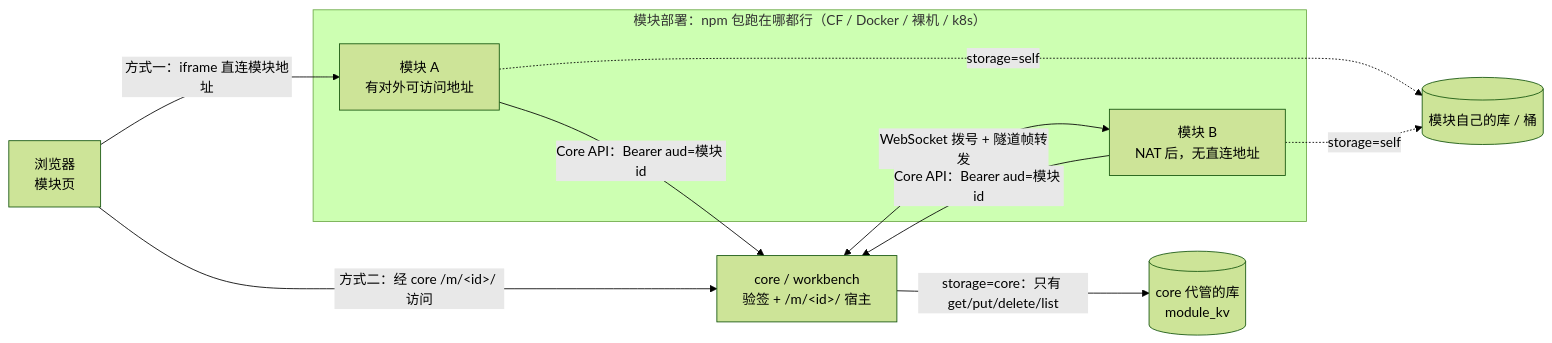
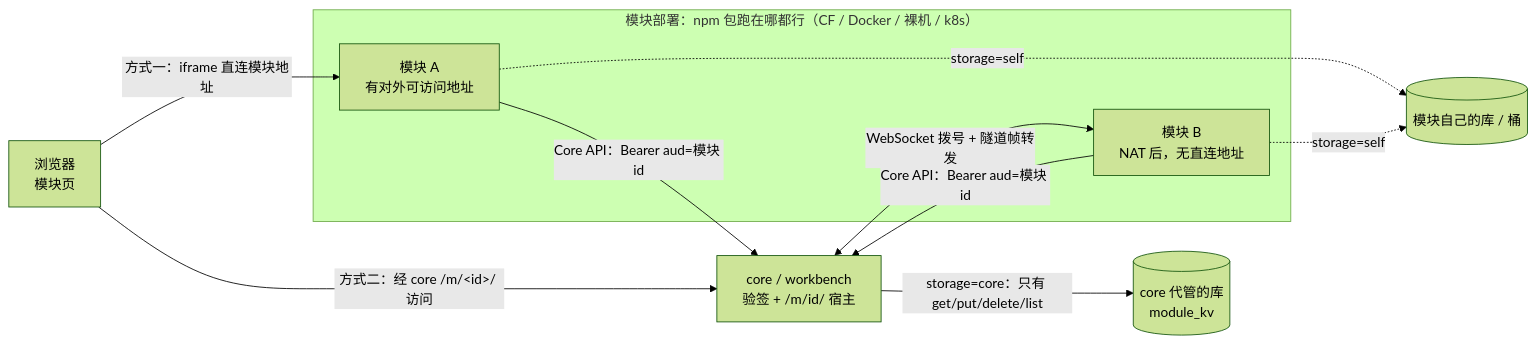
The first of 2 diagrams in docs/modules.md (UN-Self/unself), drawn with Mermaid (forest theme) before and after one commit. The commit also changed other lines of this file and 1 other file, not shown here.

````diff
--- a/docs/modules.md
+++ b/docs/modules.md
@@ -95,21 +94,21 @@
 ```mermaid
 flowchart LR
   B["浏览器<br/>模块页"]
-  C["core / workbench<br/>验签 + /m/&lt;id&gt;/ 宿主"]
+  C["core / workbench<br/>验签 + /m/id/ 宿主"]
   subgraph DEP["模块部署：npm 包跑在哪都行（CF / Docker / 裸机 / k8s）"]
     D["模块 A<br/>有对外可访问地址"]
     R["模块 B<br/>NAT 后，无直连地址"]
   end
   K[("core 代管的库<br/>module_kv")]
   S[("模块自己的库 / 桶")]
 
   B -->|"方式一：iframe 直连模块地址"| D
   B -->|"方式二：经 core /m/&lt;id&gt;/ 访问"| C
   C <-->|"WebSocket 拨号 + 隧道帧转发"| R
 
   D -->|"Core API：Bearer aud=模块 id"| C
   R -->|"Core API：Bearer aud=模块 id"| C
   C -->|"storage=core：只有 get/put/delete/list"| K
   D -.->|"storage=self"| S
   R -.->|"storage=self"| S
 ```
````
